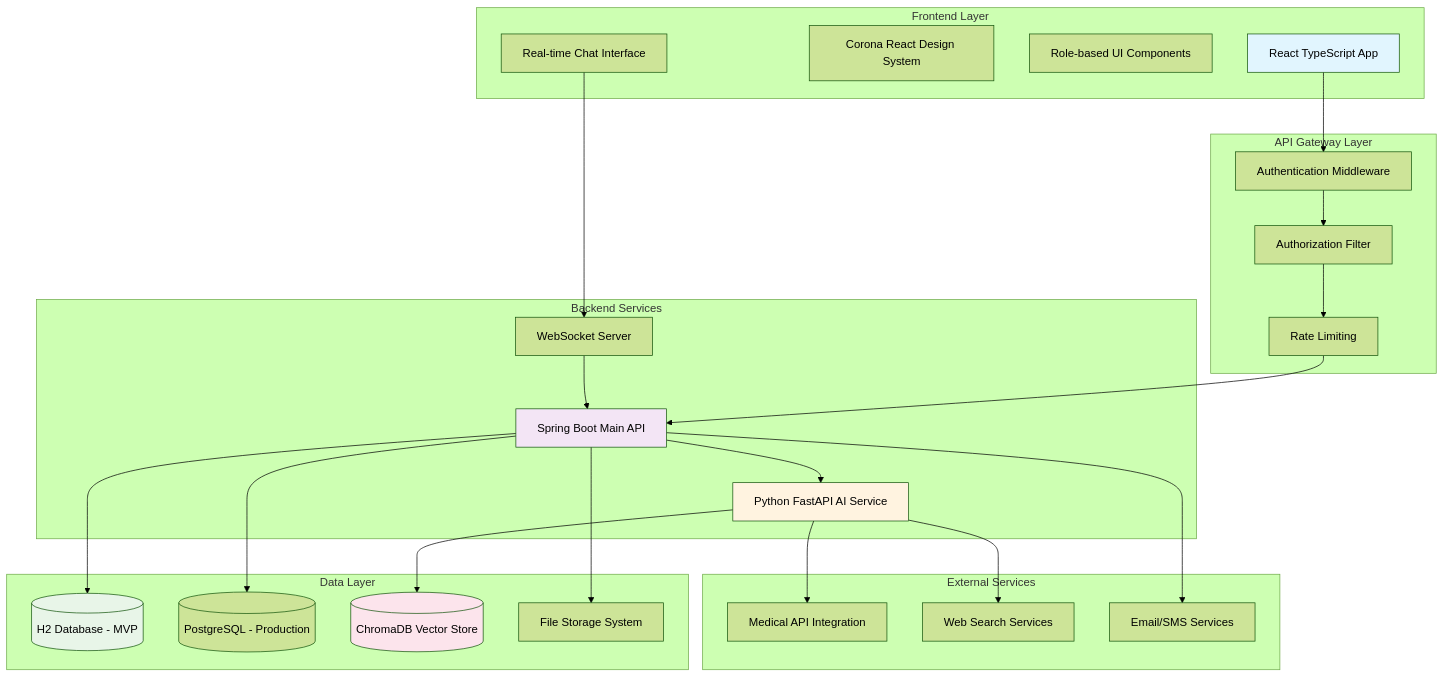
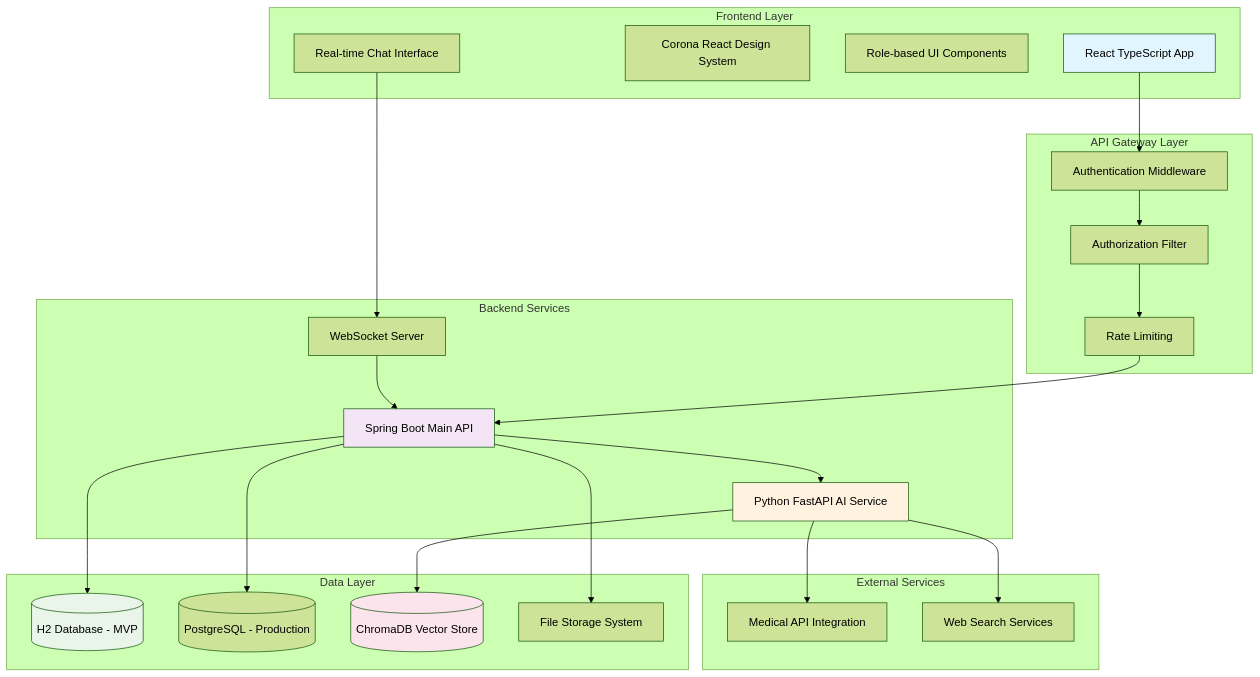
Before and after one commit to akhilkuriancognizant/skills-getting-started-with-github-copilot: the first of 20 diagrams in SYSTEM_ARCHITECTURE_FLOW.md, drawn with Mermaid (forest theme). The commit also changed other lines of this file and 1 other file, not shown here.

Commit message:
Refine system architecture, update user management, and simplify features

````diff
--- a/SYSTEM_ARCHITECTURE_FLOW.md
+++ b/SYSTEM_ARCHITECTURE_FLOW.md
@@ -22,58 +22,56 @@
 ```mermaid
 graph TB
     subgraph "Frontend Layer"
         A[React TypeScript App]
         B[Corona React Design System]
         C[Role-based UI Components]
         D[Real-time Chat Interface]
     end
     
     subgraph "API Gateway Layer"
         E[Authentication Middleware]
         F[Authorization Filter]
         G[Rate Limiting]
     end
     
     subgraph "Backend Services"
         H[Spring Boot Main API]
         I[Python FastAPI AI Service]
         J[WebSocket Server]
     end
     
     subgraph "Data Layer"
         K[(H2 Database - MVP)]
         L[(PostgreSQL - Production)]
         M[(ChromaDB Vector Store)]
         N[File Storage System]
     end
     
     subgraph "External Services"
         O[Medical API Integration]
         P[Web Search Services]
-        Q[Email/SMS Services]
     end
     
     A --> E
     E --> F
     F --> G
     G --> H
     H --> K
     H --> L
     
     D --> J
     J --> H
     
     H --> I
     I --> M
     I --> O
     I --> P
     
     H --> N
-    H --> Q
     
     style A fill:#e1f5fe
     style H fill:#f3e5f5
     style I fill:#fff3e0
     style K fill:#e8f5e8
     style M fill:#fce4ec
 ```
````
